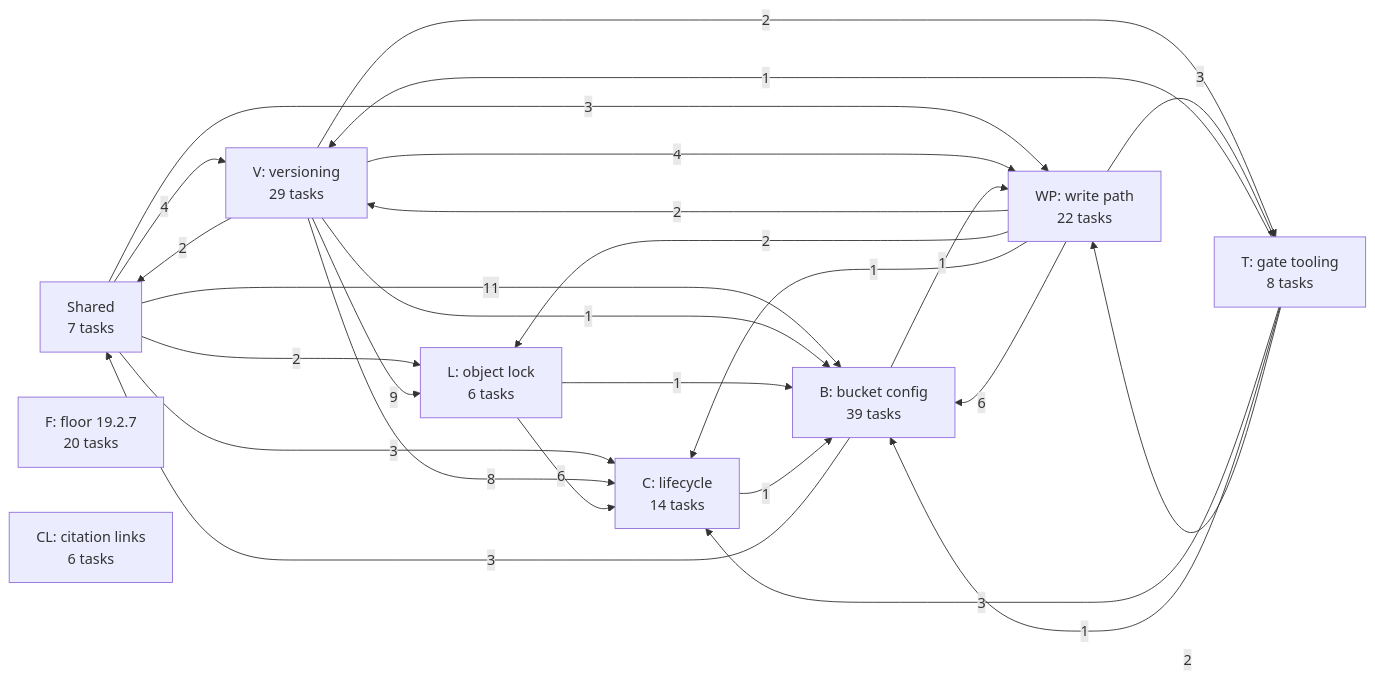
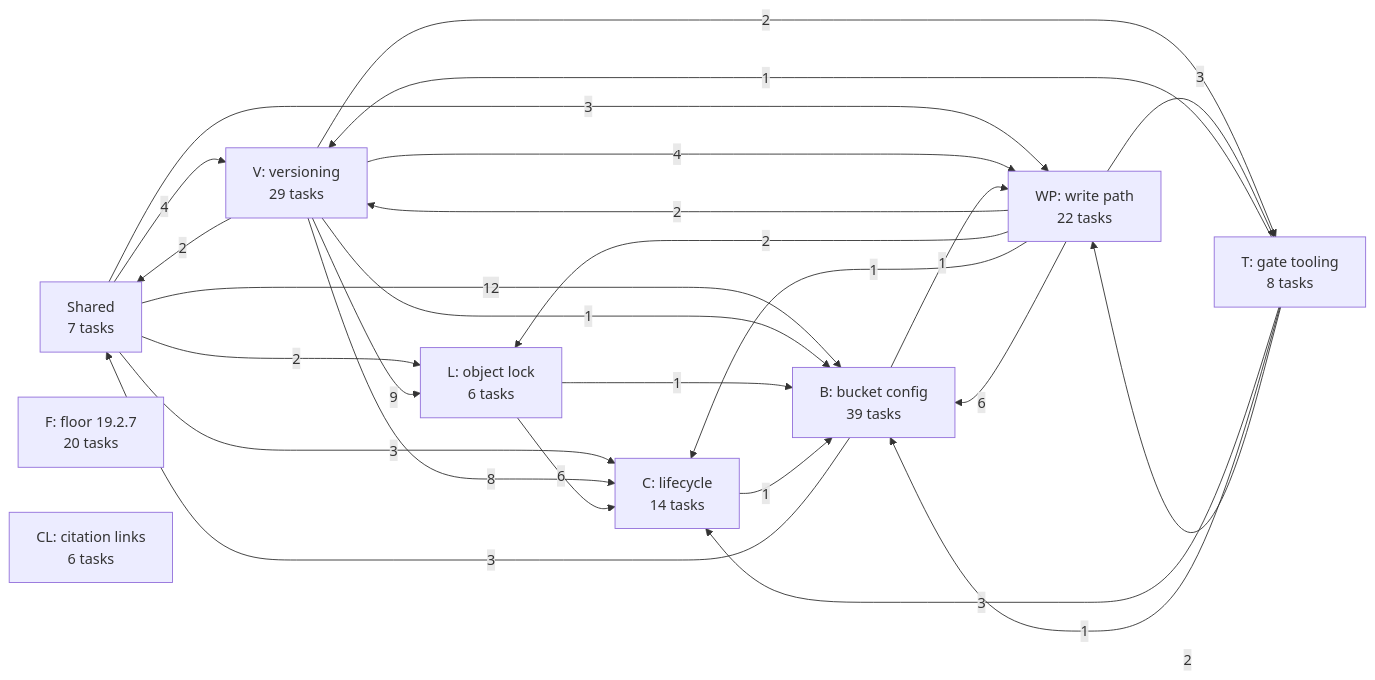
The first of 10 diagrams in docs/superpowers/plans/2026-10-13-phase-2/dependencies.md (jhoblitt/rgw-go), drawn with Mermaid before and after one commit. The commit also changed other lines of this file, not shown here.

First line of the commit message:
docs(plan): regenerate the phase 2 dependency graph for BC-18

````diff
--- a/docs/superpowers/plans/2026-10-13-phase-2/dependencies.md
+++ b/docs/superpowers/plans/2026-10-13-phase-2/dependencies.md
@@ -13,37 +13,37 @@
 ```mermaid
 flowchart LR
   u_S["Shared<br/>7 tasks"]
   u_F["F: floor 19.2.7<br/>20 tasks"]
   u_V["V: versioning<br/>29 tasks"]
   u_L["L: object lock<br/>6 tasks"]
   u_C["C: lifecycle<br/>14 tasks"]
   u_B["B: bucket config<br/>39 tasks"]
   u_WP["WP: write path<br/>22 tasks"]
   u_T["T: gate tooling<br/>8 tasks"]
   u_CL["CL: citation links<br/>6 tasks"]
   u_S -->|4| u_V
   u_S -->|2| u_L
   u_S -->|3| u_C
-  u_S -->|11| u_B
+  u_S -->|12| u_B
   u_S -->|3| u_WP
   u_V -->|2| u_S
   u_V -->|9| u_L
   u_V -->|8| u_C
   u_V -->|1| u_B
   u_V -->|4| u_WP
   u_V -->|2| u_T
   u_L -->|6| u_C
   u_L -->|1| u_B
   u_C -->|1| u_B
   u_B -->|3| u_S
   u_B -->|1| u_WP
   u_WP -->|2| u_V
   u_WP -->|2| u_L
   u_WP -->|1| u_C
   u_WP -->|6| u_B
   u_WP -->|3| u_T
   u_T -->|1| u_V
   u_T -->|3| u_C
   u_T -->|1| u_B
   u_T -->|2| u_WP
 ```
````
